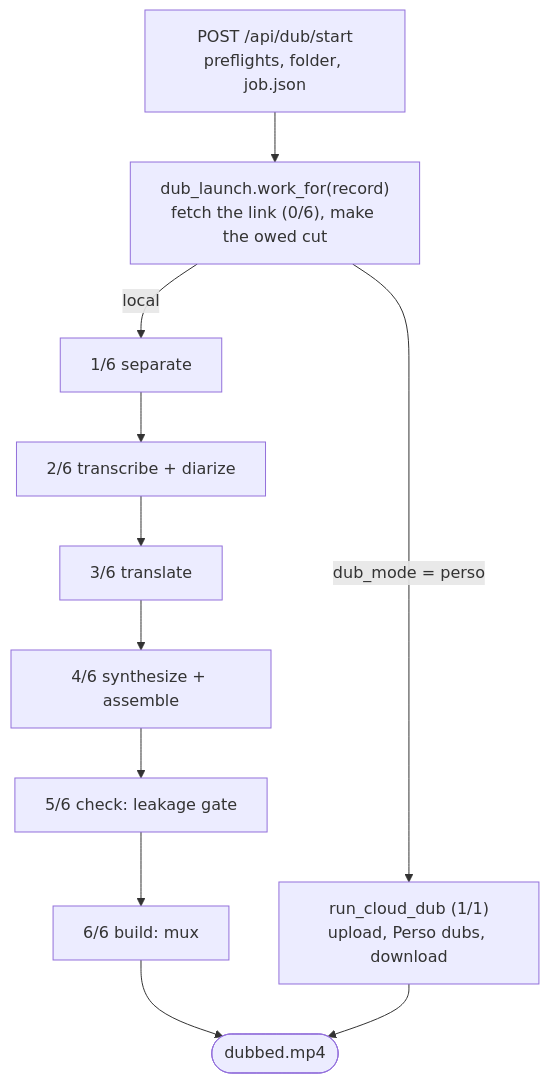
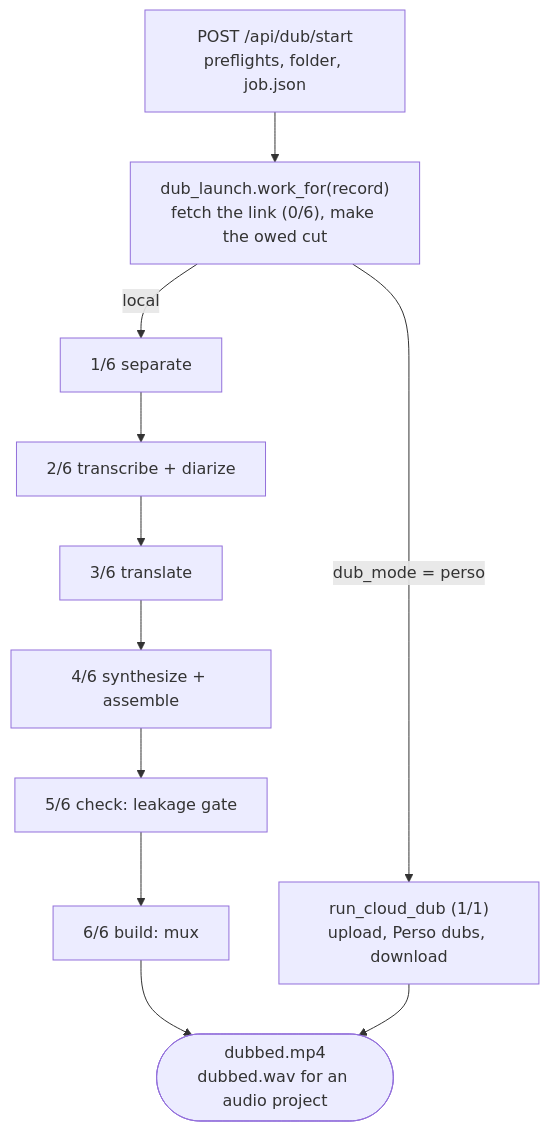
The third of 3 diagrams in docs/architecture.md (stronghamjji/PersoDub), drawn with Mermaid before and after one commit. The commit also changed other lines of this file and 3 other files, not shown here.

````diff
--- a/docs/architecture.md
+++ b/docs/architecture.md
@@ -279,13 +279,13 @@
 ```mermaid
 flowchart TD
   req["POST /api/dub/start<br/>preflights, folder, job.json"] --> work["dub_launch.work_for(record)<br/>fetch the link (0/6), make the owed cut"]
   work -->|"dub_mode = perso"| cloud["run_cloud_dub (1/1)<br/>upload, Perso dubs, download"]
   work -->|"local"| s1["1/6 separate"]
   s1 --> s2["2/6 transcribe + diarize"]
   s2 --> s3["3/6 translate"]
   s3 --> s4["4/6 synthesize + assemble"]
   s4 --> s5["5/6 check: leakage gate"]
   s5 --> s6["6/6 build: mux"]
-  s6 --> out(["dubbed.mp4"])
+  s6 --> out(["dubbed.mp4<br/>dubbed.wav for an audio project"])
   cloud --> out
 ```
````
